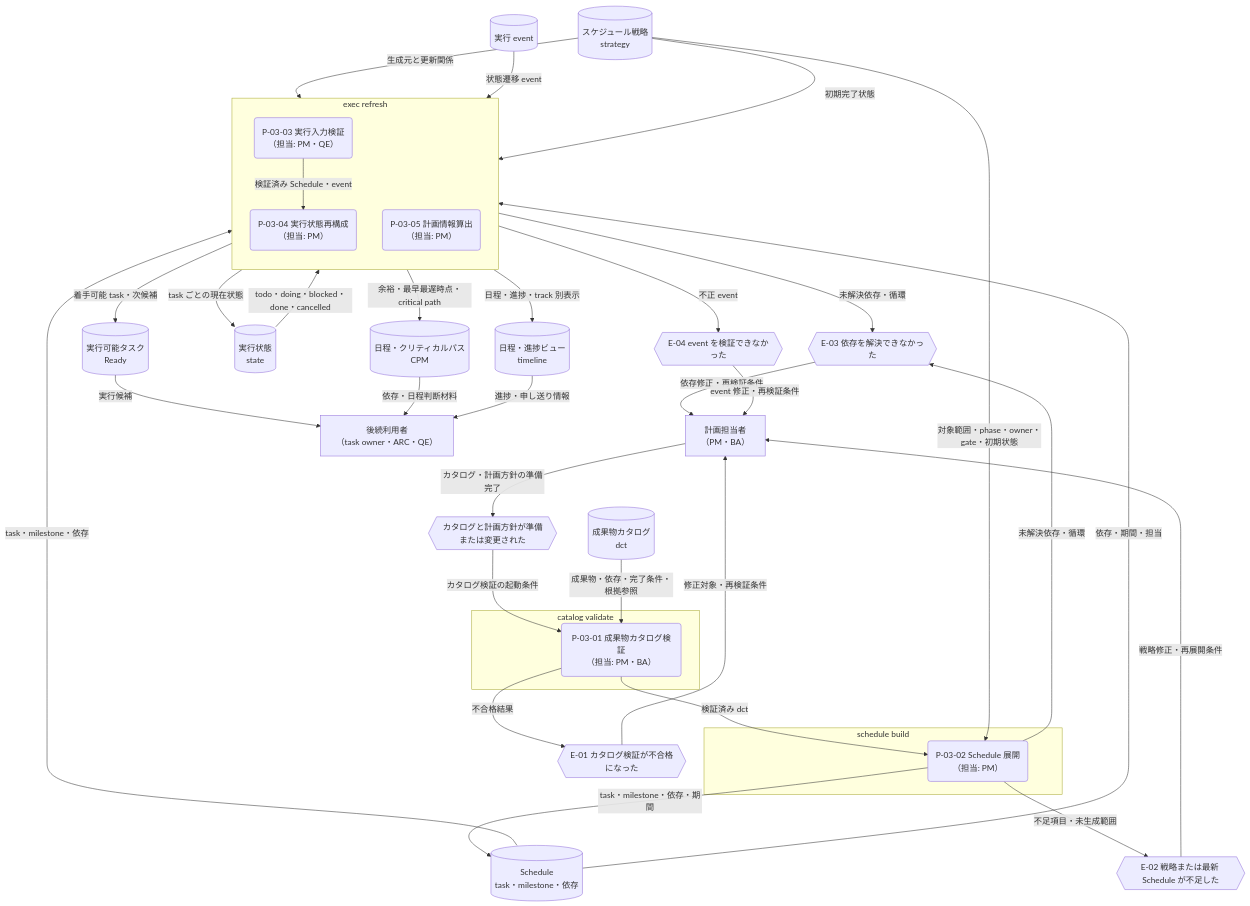
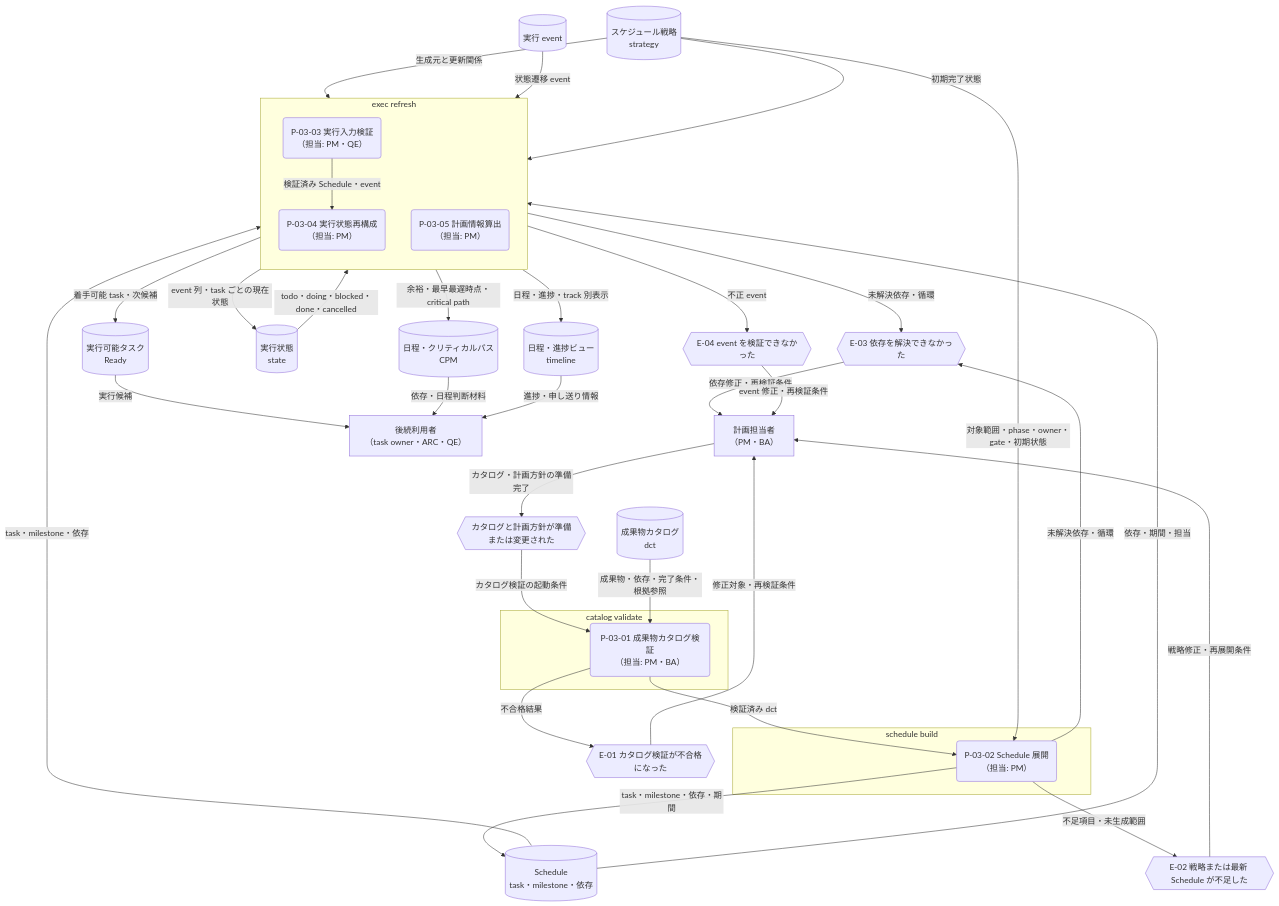
The diagram in docs/ja/product/010-business-specs/010-data-flow/cdfd-catalog-planning.md (specdojo/specdojo), drawn with Mermaid before and after one commit. The commit also changed 1 other file, not shown here.

Commit message:
exec(T-DATA-FLOW-cdfd-catalog-planning-070): apply task changes

````diff
--- a/docs/ja/product/010-business-specs/010-data-flow/cdfd-catalog-planning.md
+++ b/docs/ja/product/010-business-specs/010-data-flow/cdfd-catalog-planning.md
@@ -43,69 +43,69 @@
 ```mermaid
 flowchart TB
   計画担当者["計画担当者<br>（PM・BA）"]
   後続利用者["後続利用者<br>（task owner・ARC・QE）"]
 
   計画準備完了{{"カタログと計画方針が準備または変更された"}}
   カタログ不合格{{"E-01 カタログ検証が不合格になった"}}
   戦略不足{{"E-02 戦略または最新 Schedule が不足した"}}
   依存解決失敗{{"E-03 依存を解決できなかった"}}
   event不正{{"E-04 event を検証できなかった"}}
 
   subgraph catalogValidate["catalog validate"]
     カタログ検証("P-03-01 成果物カタログ検証<br>（担当: PM・BA）")
   end
 
   subgraph scheduleBuild["schedule build"]
     Schedule展開("P-03-02 Schedule 展開<br>（担当: PM）")
   end
 
   subgraph execRefresh["exec refresh"]
     direction TB
     実行入力検証("P-03-03 実行入力検証<br>（担当: PM・QE）")
     実行状態再構成("P-03-04 実行状態再構成<br>（担当: PM）")
     計画情報算出("P-03-05 計画情報算出<br>（担当: PM）")
   end
 
   成果物カタログ[("成果物カタログ<br>dct")]
   スケジュール戦略[("スケジュール戦略<br>strategy")]
   Schedule[("Schedule<br>task・milestone・依存")]
   実行event[("実行 event")]
   実行状態[("実行状態<br>state")]
   Ready[("実行可能タスク<br>Ready")]
   CPM[("日程・クリティカルパス<br>CPM")]
   timeline[("日程・進捗ビュー<br>timeline")]
 
   計画担当者 -->|"カタログ・計画方針の準備完了"| 計画準備完了
   計画準備完了 -->|"カタログ検証の起動条件"| カタログ検証
   成果物カタログ -->|"成果物・依存・完了条件・根拠参照"| カタログ検証
   カタログ検証 -->|"検証済み dct"| Schedule展開
   カタログ検証 -->|"不合格結果"| カタログ不合格
   カタログ不合格 -->|"修正対象・再検証条件"| 計画担当者
 
   スケジュール戦略 -->|"対象範囲・phase・owner・gate・初期状態"| Schedule展開
   Schedule展開 -->|"task・milestone・依存・期間"| Schedule
   Schedule展開 -->|"不足項目・未生成範囲"| 戦略不足
   Schedule展開 -->|"未解決依存・循環"| 依存解決失敗
   戦略不足 -->|"戦略修正・再展開条件"| 計画担当者
   依存解決失敗 -->|"依存修正・再検証条件"| 計画担当者
 
   Schedule -->|"task・milestone・依存"| 実行入力検証
   スケジュール戦略 -->|"生成元と更新関係"| 実行入力検証
   実行event -->|"状態遷移 event"| 実行入力検証
   実行入力検証 -->|"未解決依存・循環"| 依存解決失敗
   実行入力検証 -->|"不正 event"| event不正
   event不正 -->|"event 修正・再検証条件"| 計画担当者
   実行入力検証 -->|"検証済み Schedule・event"| 実行状態再構成
 
   スケジュール戦略 -->|"初期完了状態"| 実行状態再構成
-  実行状態再構成 -->|"task ごとの現在状態"| 実行状態
+  実行状態再構成 -->|"event 列・task ごとの現在状態"| 実行状態
   Schedule -->|"依存・期間・担当"| 計画情報算出
   実行状態 -->|"todo・doing・blocked・done・cancelled"| 計画情報算出
   計画情報算出 -->|"着手可能 task・次候補"| Ready
   計画情報算出 -->|"余裕・最早最遅時点・critical path"| CPM
   計画情報算出 -->|"日程・進捗・track 別表示"| timeline
 
   Ready -->|"実行候補"| 後続利用者
   CPM -->|"依存・日程判断材料"| 後続利用者
   timeline -->|"進捗・申し送り情報"| 後続利用者
 ```
````
